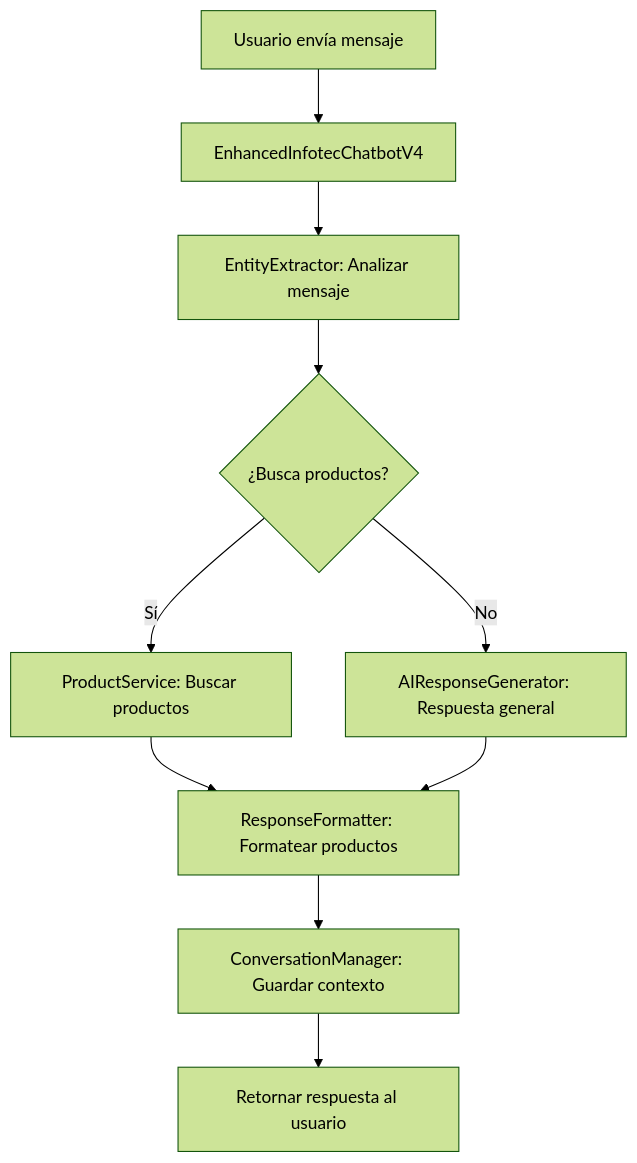
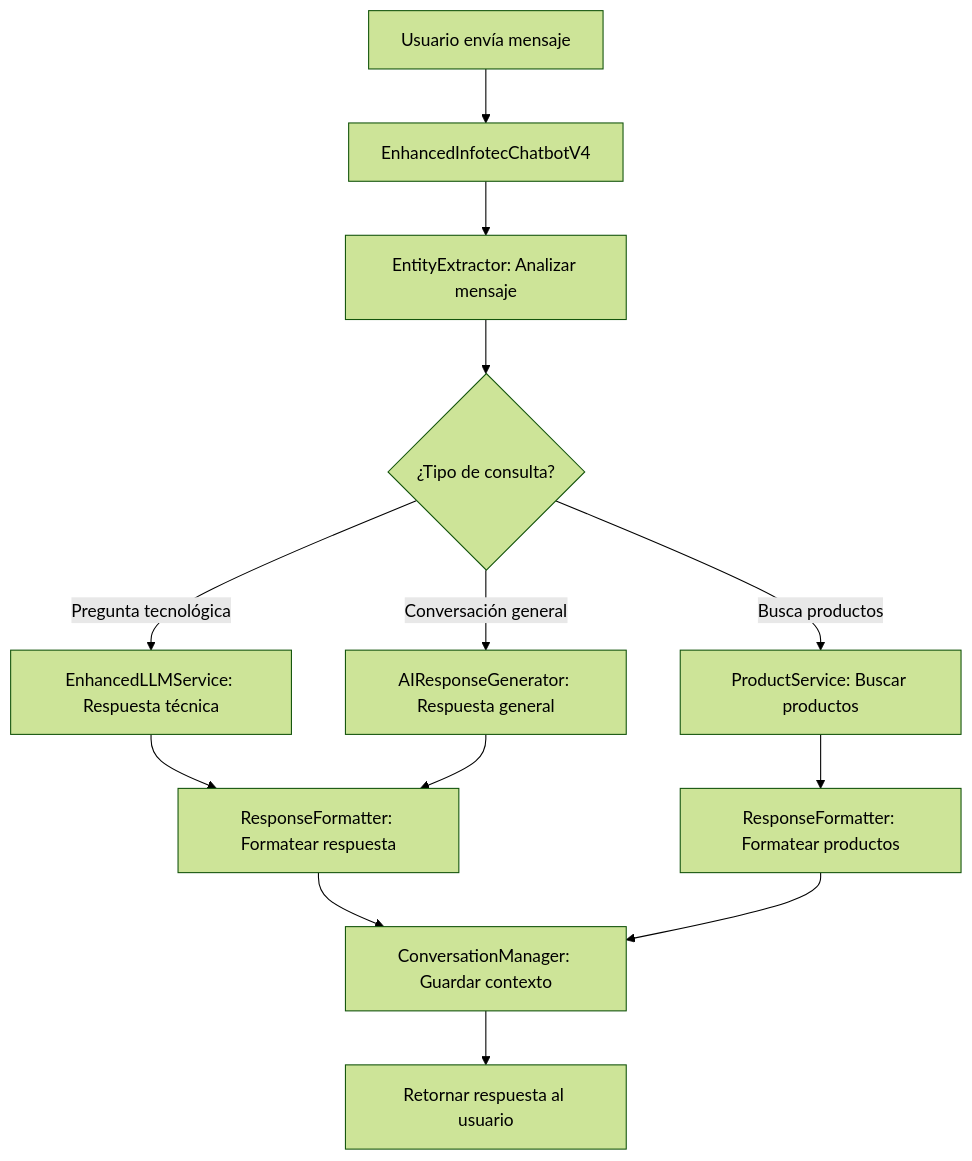
The diagram in backend/app/chatbot/README.md (carlofav12/ChatBotInfotec), drawn with Mermaid (forest theme) before and after one commit. The commit also changed other lines of this file and 5 other files, not shown here.

````diff
--- a/backend/app/chatbot/README.md
+++ b/backend/app/chatbot/README.md
@@ -189,12 +258,15 @@
 ```mermaid
 graph TD
     A[Usuario envía mensaje] --> B[EnhancedInfotecChatbotV4]
     B --> C[EntityExtractor: Analizar mensaje]
-    C --> D{¿Busca productos?}
-    D -->|Sí| E[ProductService: Buscar productos]
-    D -->|No| F[AIResponseGenerator: Respuesta general]
-    E --> G[ResponseFormatter: Formatear productos]
-    F --> G
-    G --> H[ConversationManager: Guardar contexto]
-    H --> I[Retornar respuesta al usuario]
+    C --> D{¿Tipo de consulta?}
+    D -->|Pregunta tecnológica| E[EnhancedLLMService: Respuesta técnica]
+    D -->|Busca productos| F[ProductService: Buscar productos]
+    D -->|Conversación general| G[AIResponseGenerator: Respuesta general]
+    E --> H[ResponseFormatter: Formatear respuesta]
+    F --> I[ResponseFormatter: Formatear productos]
+    G --> H
+    H --> J[ConversationManager: Guardar contexto]
+    I --> J
+    J --> K[Retornar respuesta al usuario]
 ```
````
